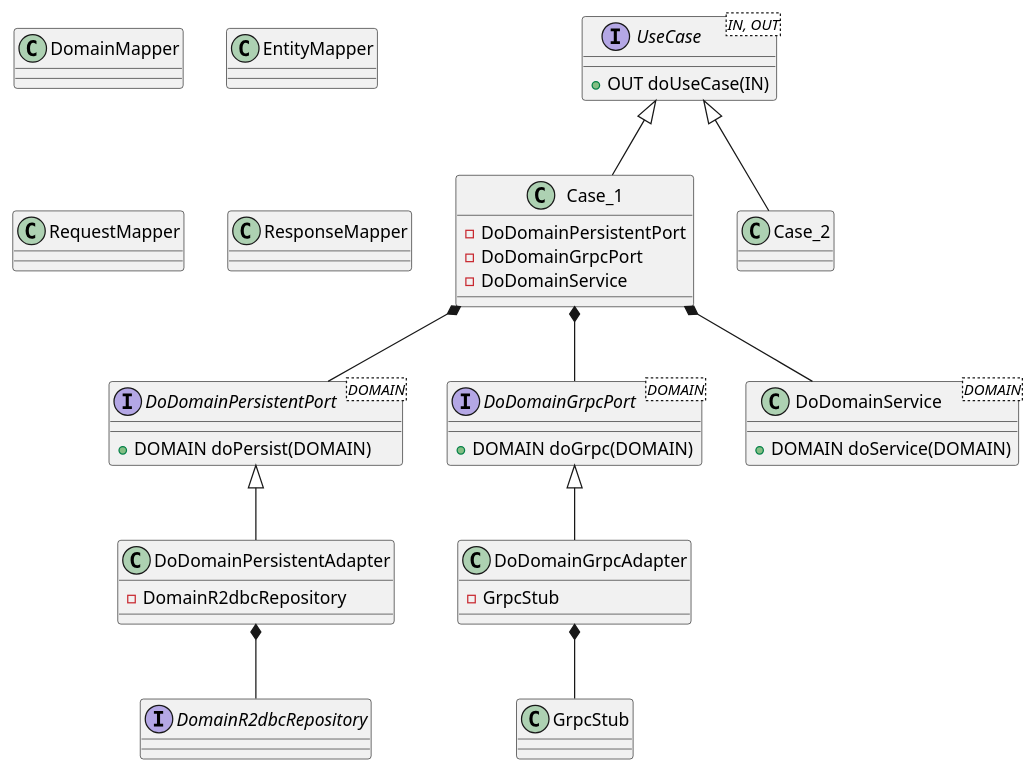
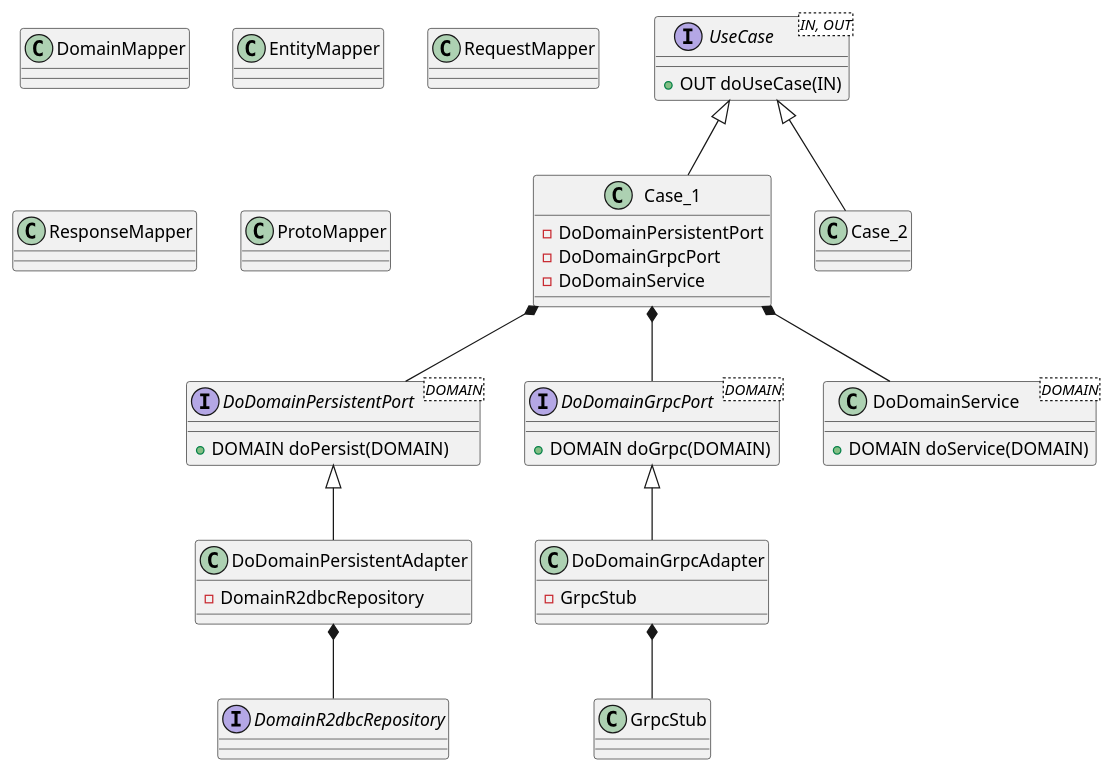
Before and after one commit to sokimaaa/6CORE: the diagram in 1-documentation/class-diagram/general-usecase.puml, drawn with PlantUML.

Commit message:
[6CORE-000] add general usecase diagram

```diff
--- a/1-documentation/class-diagram/general-usecase.puml
+++ b/1-documentation/class-diagram/general-usecase.puml
@@ -1,58 +1,59 @@
 @startuml
 'https://plantuml.com/class-diagram
 
 interface UseCase
 class Case_1
 class Case_2
 
 UseCase <|-- Case_1
 UseCase <|-- Case_2
 
 interface UseCase<IN, OUT> {
     + OUT doUseCase(IN)
 }
 
 class Case_1 {
     - DoDomainPersistentPort
     - DoDomainGrpcPort
     - DoDomainService
 }
 
 interface DoDomainPersistentPort<DOMAIN> {
     + DOMAIN doPersist(DOMAIN)
 }
 
 interface DoDomainGrpcPort<DOMAIN> {
     + DOMAIN doGrpc(DOMAIN)
 }
 
 class DoDomainService<DOMAIN> {
     + DOMAIN doService(DOMAIN)
 }
 
 Case_1 *-- DoDomainPersistentPort
 Case_1 *-- DoDomainGrpcPort
 Case_1 *-- DoDomainService
 
 class DoDomainPersistentAdapter {
     - DomainR2dbcRepository
 }
 class DoDomainGrpcAdapter {
     - GrpcStub
 }
 
 DoDomainPersistentPort <|-- DoDomainPersistentAdapter
 DoDomainGrpcPort <|-- DoDomainGrpcAdapter
 
 interface DomainR2dbcRepository
 DoDomainPersistentAdapter *-- DomainR2dbcRepository
 
 class GrpcStub
 DoDomainGrpcAdapter *-- GrpcStub
 
 class DomainMapper
 class EntityMapper
 class RequestMapper
 class ResponseMapper
+class ProtoMapper
 
 @enduml
```
